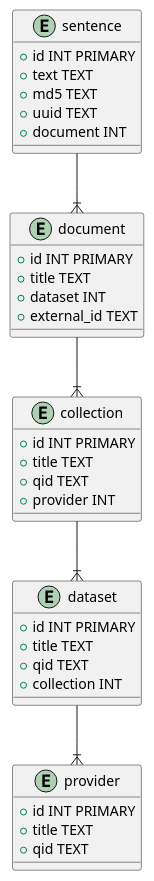
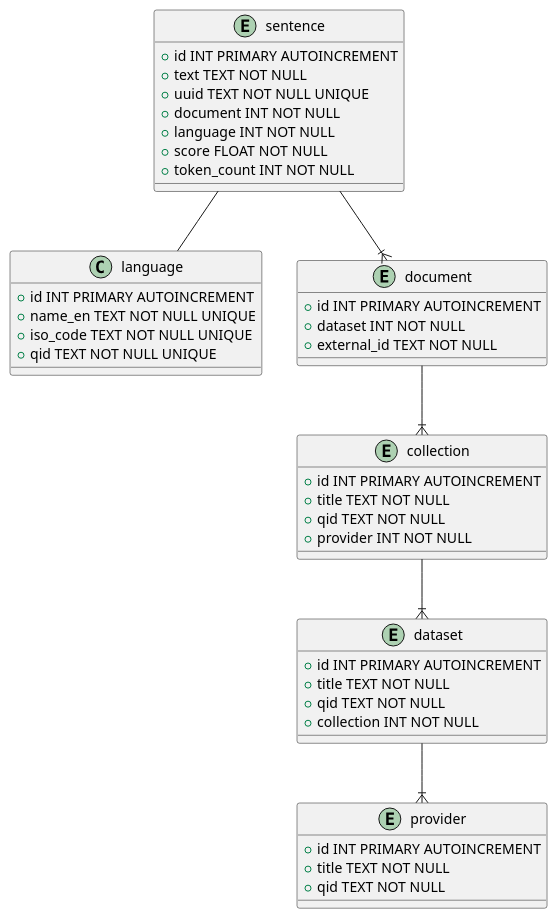
One commit to dpriskorn/riksdagen_sentences changed the diagram in diagrams/datamodel.puml. Above: the diagram before and after it, drawn with PlantUML. The commit also changed 6 other files, not shown here.

```diff
--- a/diagrams/datamodel.puml
+++ b/diagrams/datamodel.puml
@@ -1,41 +1,52 @@
 @startuml
+'' The ISO 639-1 code is stored like in the yml like so: 'en'
+class language {
+    + id INT PRIMARY AUTOINCREMENT
+    + name_en TEXT NOT NULL UNIQUE
+    + iso_code TEXT NOT NULL UNIQUE
+    + qid TEXT NOT NULL UNIQUE
+}
 '' e.g. Riksdagenförvaltningen Q10655176)
 entity provider {
-    + id INT PRIMARY
-    + title TEXT
-    + qid TEXT
+    + id INT PRIMARY AUTOINCREMENT
+    + title TEXT NOT NULL
+    + qid TEXT NOT NULL
 }
 '' e.g. Riksdagens öppna data Q108560253
 entity collection {
-    + id INT PRIMARY
-    + title TEXT
-    + qid TEXT
-    + provider INT
+    + id INT PRIMARY AUTOINCREMENT
+    + title TEXT NOT NULL
+    + qid TEXT NOT NULL
+    + provider INT NOT NULL
 }
 '' dataset is e.g. departementserien Q123501464
 entity dataset {
-    + id INT PRIMARY
-    + title TEXT
-    + qid TEXT
-    + collection INT
+    + id INT PRIMARY AUTOINCREMENT
+    + title TEXT NOT NULL
+    + qid TEXT NOT NULL
+    + collection INT NOT NULL
 }
 '' e.g. GNB465, see https://www.riksdagen.se/sv/dokument-och-lagar/dokument/departementsserien/ds-1999-65-_gnb465/
 entity document {
-    + id INT PRIMARY
-    + title TEXT
-    + dataset INT
-    + external_id TEXT
+    + id INT PRIMARY AUTOINCREMENT
+    + dataset INT NOT NULL
+    + external_id TEXT NOT NULL
 }
 entity sentence {
-    + id INT PRIMARY
-    + text TEXT
-    + md5 TEXT
-    + uuid TEXT
-    + document INT
+    + id INT PRIMARY AUTOINCREMENT
+    + text TEXT NOT NULL
+    + uuid TEXT NOT NULL UNIQUE
+    + document INT NOT NULL
+    + language INT NOT NULL
+    + score FLOAT NOT NULL
+    + token_count INT NOT NULL
 }
 ' one to many:
 sentence --|{ document
 document --|{ collection
 collection --|{ dataset
 dataset --|{ provider
+
+' one to one
+sentence -- language
 @enduml
```
